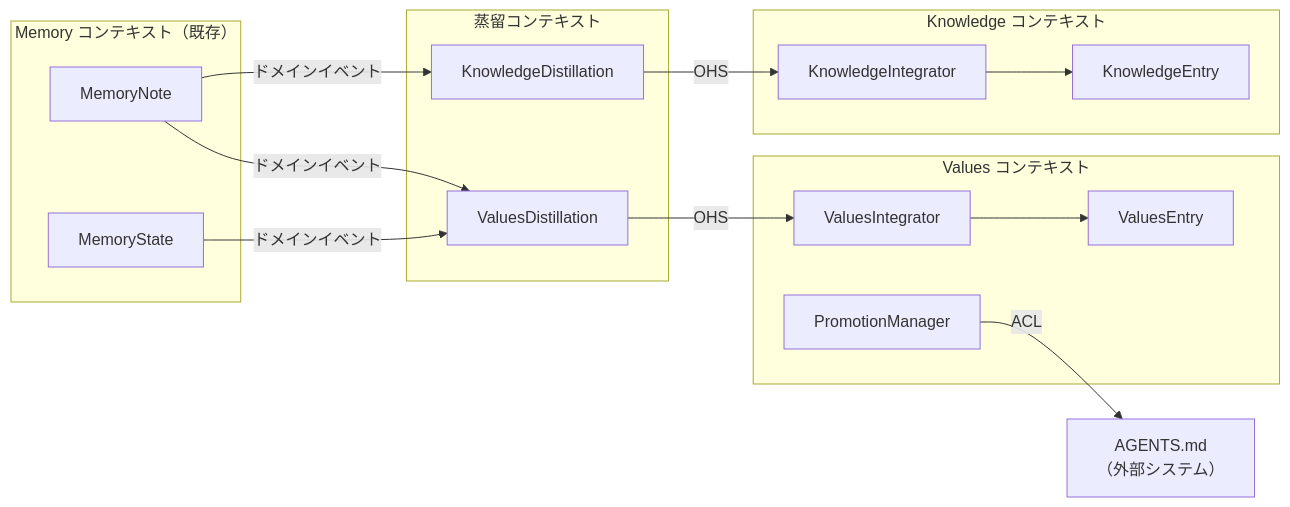
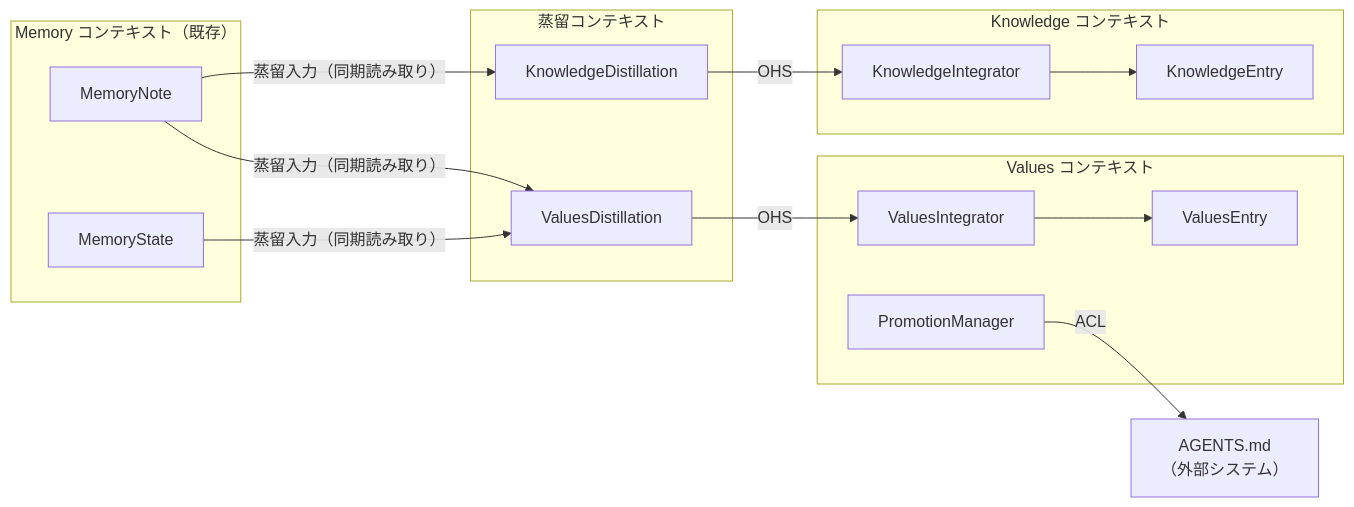
One commit to RK0429/agentic-memory changed the first of 6 diagrams in docs/design/DOMAIN-MODEL-knowledge-values.md. Above: the diagram before and after it, drawn with Mermaid. The commit also changed other lines of this file and 2 other files, not shown here.

````diff
--- a/docs/design/DOMAIN-MODEL-knowledge-values.md
+++ b/docs/design/DOMAIN-MODEL-knowledge-values.md
@@ -23,34 +23,34 @@
 ```mermaid
 graph LR
     subgraph "Memory コンテキスト（既存）"
         MN[MemoryNote]
         MS[MemoryState]
     end
 
     subgraph "蒸留コンテキスト"
         KD[KnowledgeDistillation]
         VD[ValuesDistillation]
     end
 
     subgraph "Knowledge コンテキスト"
         KE[KnowledgeEntry]
         KI[KnowledgeIntegrator]
     end
 
     subgraph "Values コンテキスト"
         VE[ValuesEntry]
         VI[ValuesIntegrator]
         PM[PromotionManager]
     end
 
     AGENTS["AGENTS.md<br/>（外部システム）"]
 
-    MN -->|"ドメインイベント"| KD
-    MN -->|"ドメインイベント"| VD
-    MS -->|"ドメインイベント"| VD
+    MN -->|"蒸留入力（同期読み取り）"| KD
+    MN -->|"蒸留入力（同期読み取り）"| VD
+    MS -->|"蒸留入力（同期読み取り）"| VD
     KD -->|"OHS"| KI
     VD -->|"OHS"| VI
     KI --> KE
     VI --> VE
     PM -->|"ACL"| AGENTS
 ```
````
